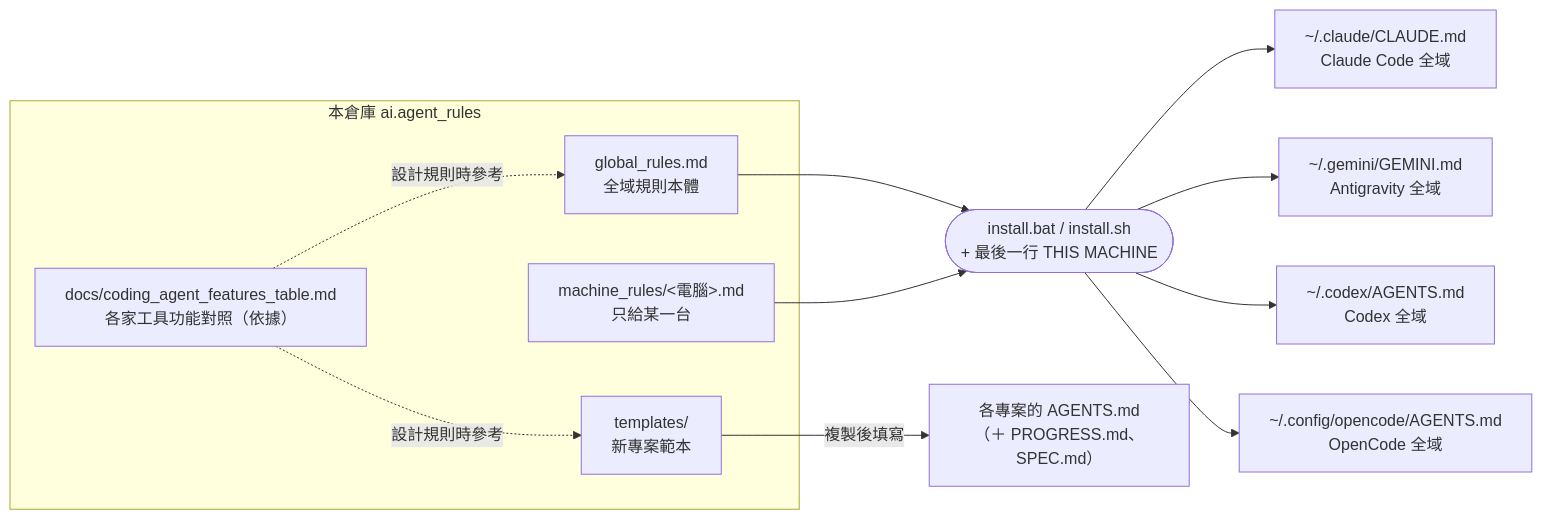
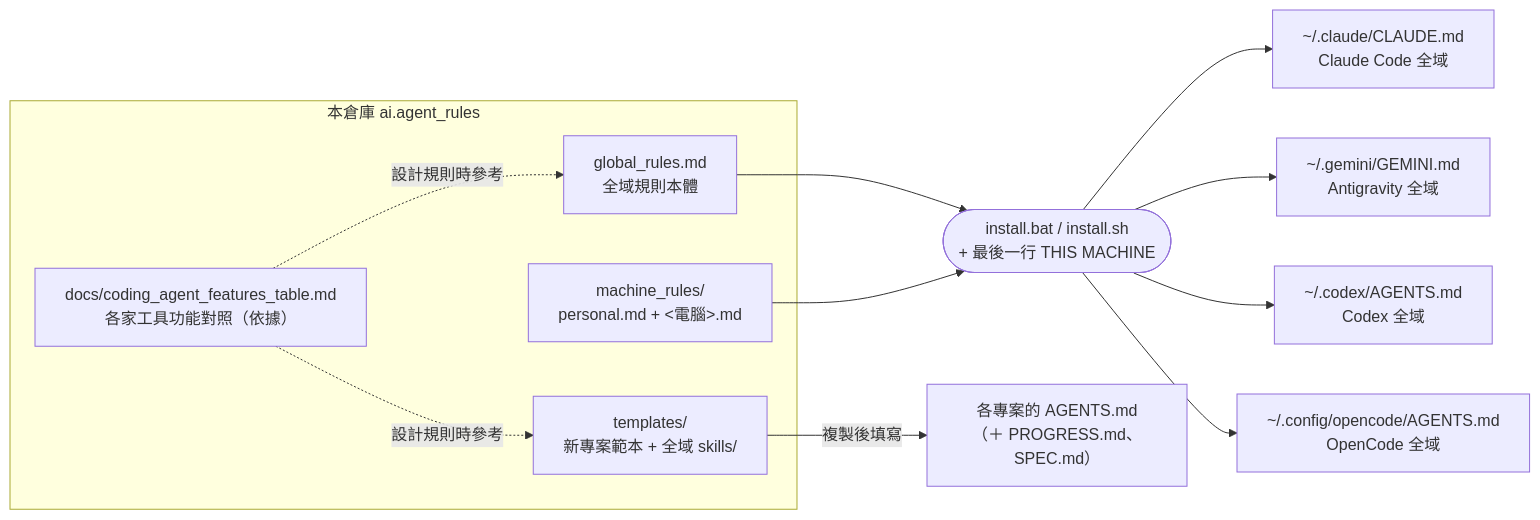
One commit to erniesu8090-beep/ai.agent_rules changed the first of 4 diagrams in README.md. Above: the diagram before and after it, drawn with Mermaid. The commit also changed other lines of this file and 15 other files, not shown here.

````diff
--- a/README.md
+++ b/README.md
@@ -13,20 +13,20 @@
 ```mermaid
 flowchart LR
   subgraph REPO["本倉庫 ai.agent_rules"]
     G["global_rules.md<br/>全域規則本體"]
-    M["machine_rules/&lt;電腦&gt;.md<br/>只給某一台"]
-    T["templates/<br/>新專案範本"]
+    M["machine_rules/<br/>personal.md + &lt;電腦&gt;.md"]
+    T["templates/<br/>新專案範本 + 全域 skills/"]
     D["docs/coding_agent_features_table.md<br/>各家工具功能對照（依據）"]
   end
 
   G --> I(["install.bat / install.sh<br/>+ 最後一行 THIS MACHINE"])
   M --> I
   I --> C["~/.claude/CLAUDE.md<br/>Claude Code 全域"]
   I --> A["~/.gemini/GEMINI.md<br/>Antigravity 全域"]
   I --> X["~/.codex/AGENTS.md<br/>Codex 全域"]
   I --> O["~/.config/opencode/AGENTS.md<br/>OpenCode 全域"]
 
   T -- 複製後填寫 --> P["各專案的 AGENTS.md<br/>（＋ PROGRESS.md、SPEC.md）"]
   D -. 設計規則時參考 .-> G
   D -. 設計規則時參考 .-> T
 ```
````
